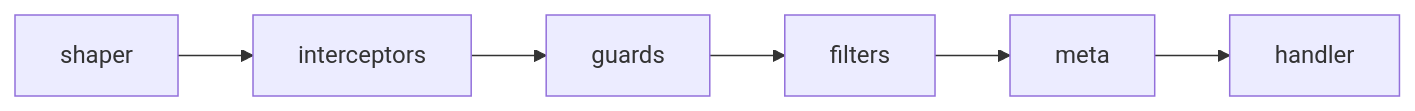
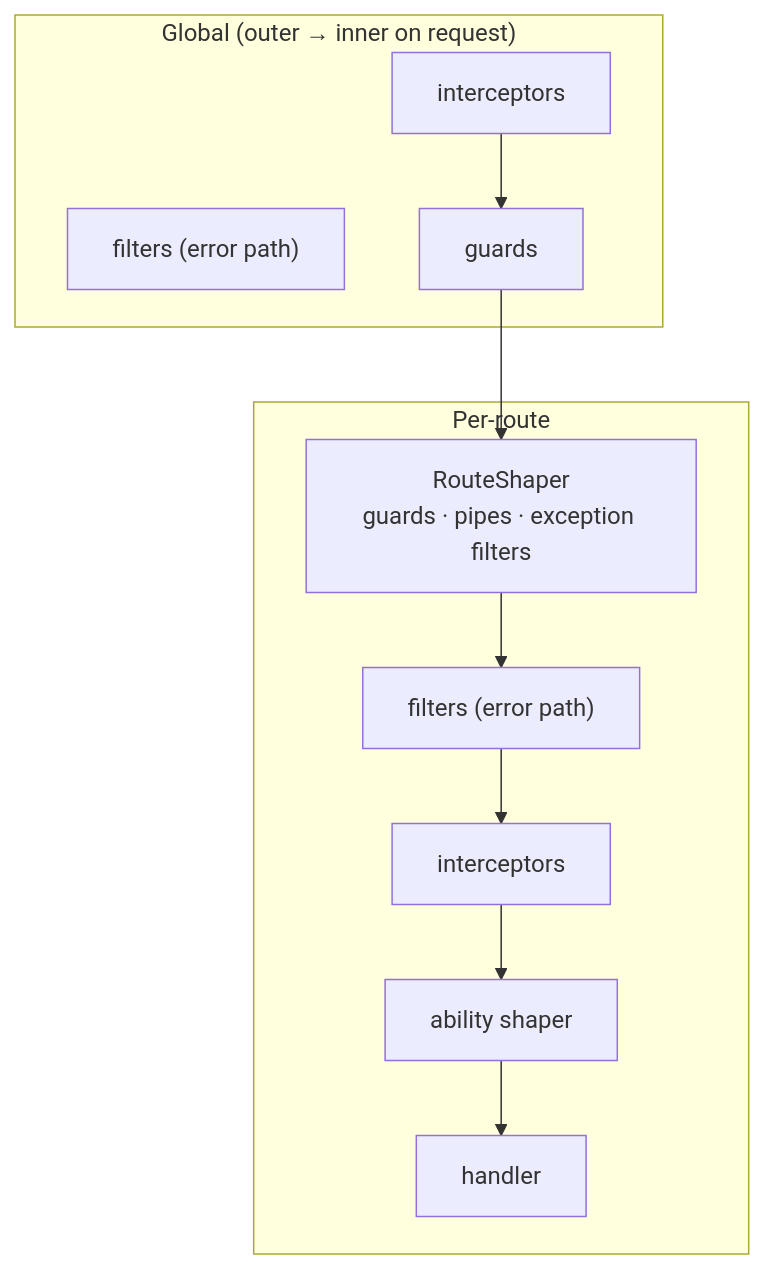
Before and after one commit to YV17labs/NestRS: the fourth of 5 diagrams in docs/src/content/docs/fundamentals/guards.mdx, drawn with Mermaid. The commit also changed other lines of this file and 6 other files, not shown here.

First line of the commit message:
docs(guards, filters, interceptors): enhance documentation on routing and error handling

````diff
--- a/docs/src/content/docs/fundamentals/guards.mdx
+++ b/docs/src/content/docs/fundamentals/guards.mdx
@@ -257,8 +303,16 @@
 ```mermaid
-flowchart LR
-  S[shaper] --> I[interceptors]
-  I --> G[guards]
-  G --> F[filters]
-  F --> M[meta]
-  M --> H[handler]
+flowchart TB
+  subgraph global["Global (outer → inner on request)"]
+    GI[interceptors]
+    GF["filters (error path)"]
+    GG[guards]
+  end
+  subgraph route["Per-route"]
+    RS["RouteShaper<br/>guards · pipes · exception filters"]
+    PF["filters (error path)"]
+    PI[interceptors]
+    AS[ability shaper]
+    H[handler]
+  end
+  GI --> GG --> RS --> PF --> PI --> AS --> H
 ```
````
